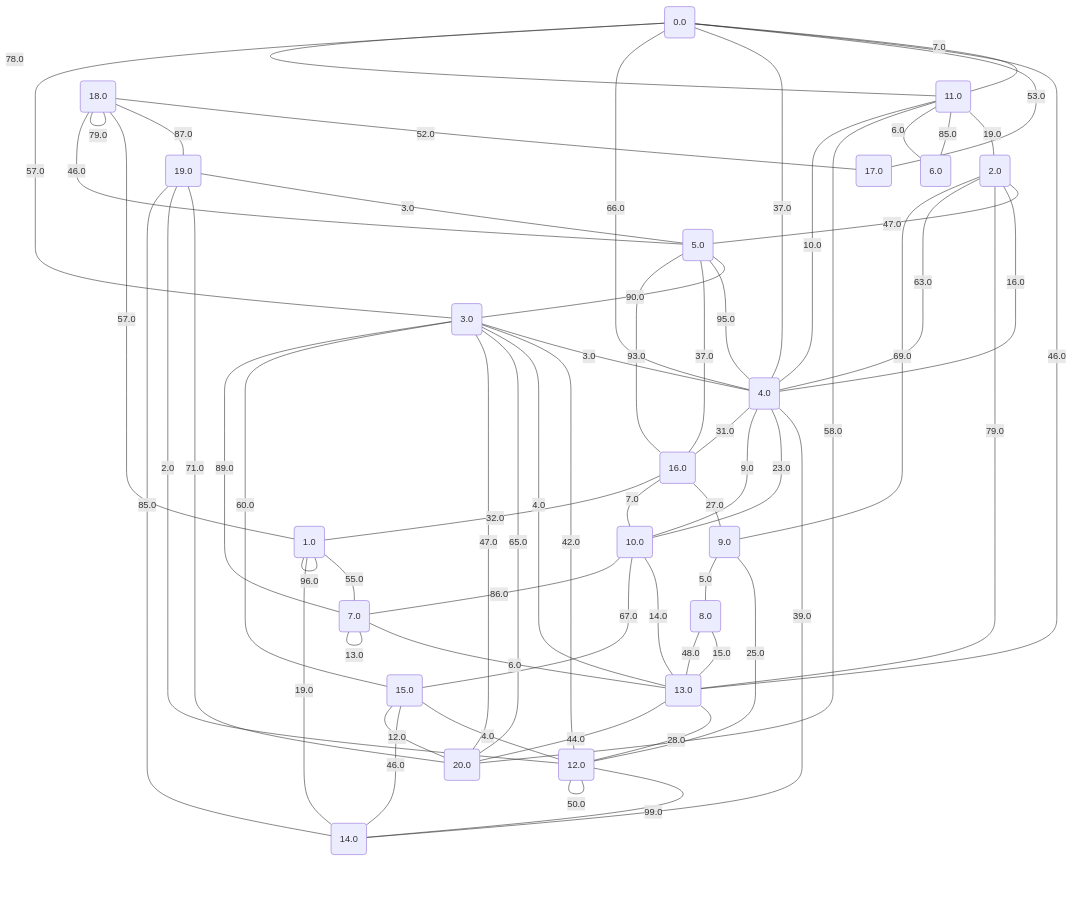
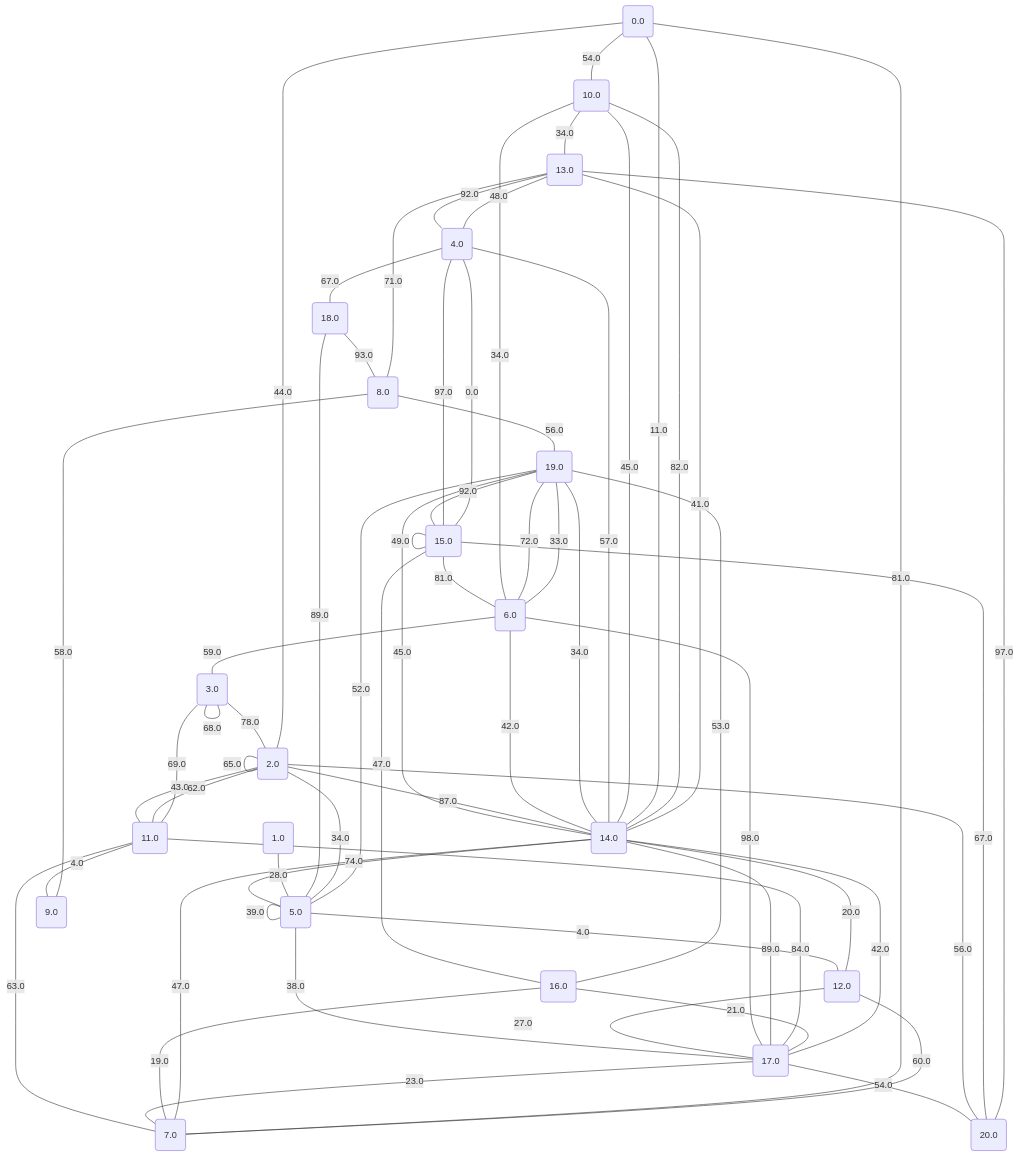
One commit to metury/graphs changed the diagram in project/src/testing/graphs/16.md. Above: the diagram before and after it, drawn with Mermaid. The commit also changed 34 other files, not shown here.

````diff
--- a/project/src/testing/graphs/16.md
+++ b/project/src/testing/graphs/16.md
@@ -21,67 +21,67 @@
 	18("18.0");
 	19("19.0");
 	20("20.0");
-	19 -- "3.0" --- 5;
-	2 -- "47.0" --- 5;
-	20 -- "65.0" --- 3;
-	13 -- "28.0" --- 12;
-	7 -- "6.0" --- 13;
-	3 -- "3.0" --- 4;
-	1 -- "55.0" --- 7;
-	13 -- "4.0" --- 3;
-	18 -- "52.0" --- 17;
-	10 -- "14.0" --- 13;
-	9 -- "25.0" --- 12;
-	11 -- "19.0" --- 2;
-	11 -- "78.0" --- 0;
-	0 -- "7.0" --- 11;
-	2 -- "16.0" --- 4;
-	18 -- "87.0" --- 19;
-	9 -- "69.0" --- 2;
-	18 -- "57.0" --- 1;
-	4 -- "37.0" --- 0;
-	12 -- "99.0" --- 14;
-	11 -- "85.0" --- 6;
-	16 -- "37.0" --- 5;
-	10 -- "67.0" --- 15;
-	15 -- "4.0" --- 12;
-	4 -- "39.0" --- 14;
-	4 -- "66.0" --- 0;
-	20 -- "47.0" --- 3;
-	4 -- "23.0" --- 10;
-	7 -- "13.0" --- 7;
-	13 -- "44.0" --- 20;
-	15 -- "46.0" --- 14;
-	19 -- "71.0" --- 20;
-	9 -- "5.0" --- 8;
-	15 -- "60.0" --- 3;
-	16 -- "27.0" --- 9;
-	4 -- "9.0" --- 10;
-	16 -- "7.0" --- 10;
-	11 -- "6.0" --- 6;
-	4 -- "95.0" --- 5;
-	3 -- "42.0" --- 12;
-	2 -- "79.0" --- 13;
-	5 -- "90.0" --- 3;
-	16 -- "93.0" --- 5;
-	0 -- "46.0" --- 13;
-	1 -- "19.0" --- 14;
-	15 -- "12.0" --- 20;
-	18 -- "79.0" --- 18;
-	4 -- "63.0" --- 2;
-	7 -- "89.0" --- 3;
-	19 -- "2.0" --- 12;
-	10 -- "86.0" --- 7;
-	19 -- "85.0" --- 14;
-	12 -- "50.0" --- 12;
-	8 -- "15.0" --- 13;
-	20 -- "58.0" --- 11;
-	8 -- "48.0" --- 13;
-	4 -- "31.0" --- 16;
-	18 -- "46.0" --- 5;
-	1 -- "96.0" --- 1;
-	16 -- "32.0" --- 1;
-	0 -- "53.0" --- 17;
-	4 -- "10.0" --- 11;
-	3 -- "57.0" --- 0;
+	4 -- "67.0" --- 18;
+	19 -- "92.0" --- 15;
+	5 -- "38.0" --- 17;
+	5 -- "4.0" --- 12;
+	16 -- "53.0" --- 19;
+	14 -- "34.0" --- 19;
+	3 -- "78.0" --- 2;
+	6 -- "59.0" --- 3;
+	11 -- "63.0" --- 7;
+	12 -- "27.0" --- 17;
+	6 -- "98.0" --- 17;
+	10 -- "34.0" --- 13;
+	14 -- "89.0" --- 17;
+	15 -- "0.0" --- 4;
+	15 -- "86.0" --- 15;
+	8 -- "56.0" --- 19;
+	14 -- "57.0" --- 4;
+	19 -- "45.0" --- 14;
+	17 -- "23.0" --- 7;
+	2 -- "65.0" --- 2;
+	18 -- "93.0" --- 8;
+	16 -- "19.0" --- 7;
+	14 -- "47.0" --- 7;
+	20 -- "67.0" --- 15;
+	2 -- "87.0" --- 14;
+	15 -- "81.0" --- 6;
+	14 -- "74.0" --- 5;
+	13 -- "92.0" --- 4;
+	3 -- "68.0" --- 3;
+	14 -- "45.0" --- 10;
+	17 -- "54.0" --- 20;
+	9 -- "58.0" --- 8;
+	6 -- "42.0" --- 14;
+	11 -- "69.0" --- 3;
+	0 -- "54.0" --- 10;
+	4 -- "48.0" --- 13;
+	11 -- "84.0" --- 17;
+	16 -- "21.0" --- 17;
+	0 -- "44.0" --- 2;
+	5 -- "89.0" --- 18;
+	8 -- "71.0" --- 13;
+	2 -- "43.0" --- 11;
+	11 -- "4.0" --- 9;
+	5 -- "34.0" --- 2;
+	14 -- "42.0" --- 17;
+	20 -- "97.0" --- 13;
+	6 -- "72.0" --- 19;
+	5 -- "52.0" --- 19;
+	14 -- "11.0" --- 0;
+	14 -- "82.0" --- 10;
+	14 -- "41.0" --- 13;
+	1 -- "28.0" --- 5;
+	2 -- "62.0" --- 11;
+	10 -- "34.0" --- 6;
+	0 -- "81.0" --- 7;
+	12 -- "20.0" --- 14;
+	4 -- "97.0" --- 15;
+	5 -- "39.0" --- 5;
+	12 -- "60.0" --- 7;
+	2 -- "56.0" --- 20;
+	15 -- "49.0" --- 15;
+	15 -- "47.0" --- 16;
+	6 -- "33.0" --- 19;
 ```
````
